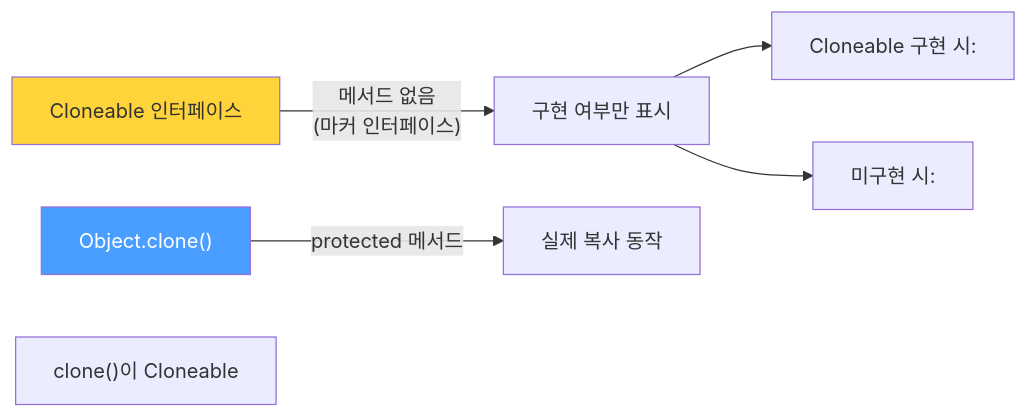
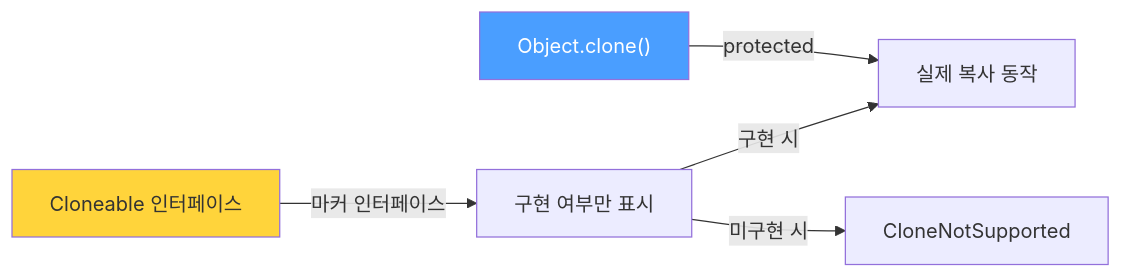
Before and after one commit to yjkim2015/yjkim2015.github.io: the first of 4 diagrams in _posts/java/2021-12-27-effective-java13.md, drawn with Mermaid. The commit also changed other lines of this file and 245 other files, not shown here.

First line of the commit message:
Mermaid 다이어그램 전면 수정 + 면접 포인트 접기/펼치기 + DB 데드락 페이지

````diff
--- a/_posts/java/2021-12-27-effective-java13.md
+++ b/_posts/java/2021-12-27-effective-java13.md
@@ -18,10 +18,9 @@
 ```mermaid
 graph LR
-    A["Cloneable 인터페이스"] -->|"메서드 없음\n(마커 인터페이스)"| B["구현 여부만 표시"]
-    C["Object.clone()"] -->|"protected 메서드"| D["실제 복사 동작"]
-    B --> E["Cloneable 구현 시:"]
-    B --> F["미구현 시:"]
+    A["Cloneable 인터페이스"] -->|"마커 인터페이스"| B["구현 여부만 표시"]
+    C["Object.clone()"] -->|"protected"| D["실제 복사 동작"]
+    B -->|"구현 시"| D
+    B -->|"미구현 시"| E["CloneNotSupported"]
     style A fill:#ffd43b
     style C fill:#4a9eff,color:#fff
-    note["clone()이 Cloneable"]
 ```
````
